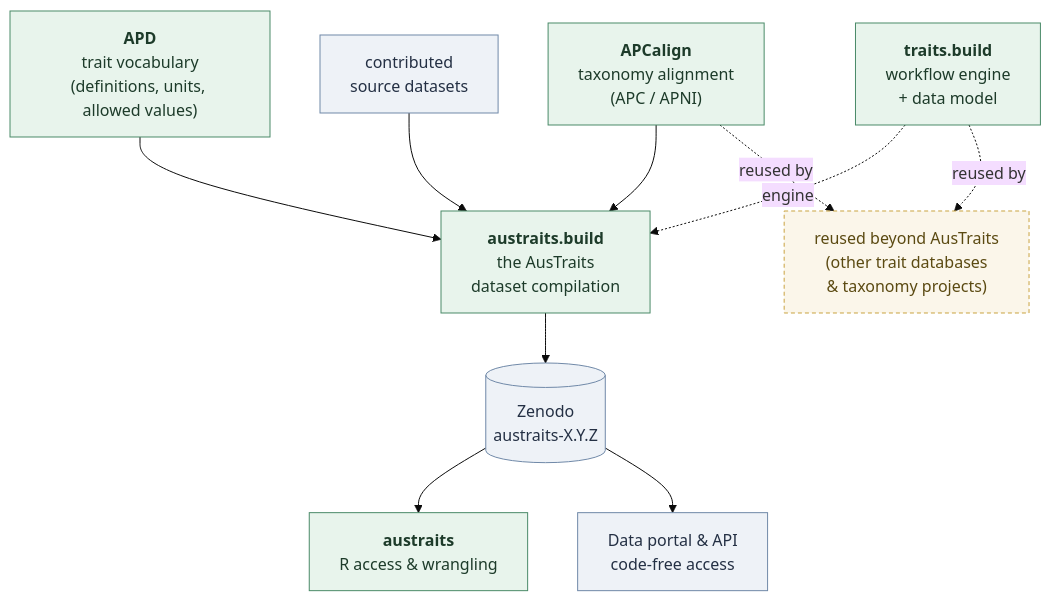
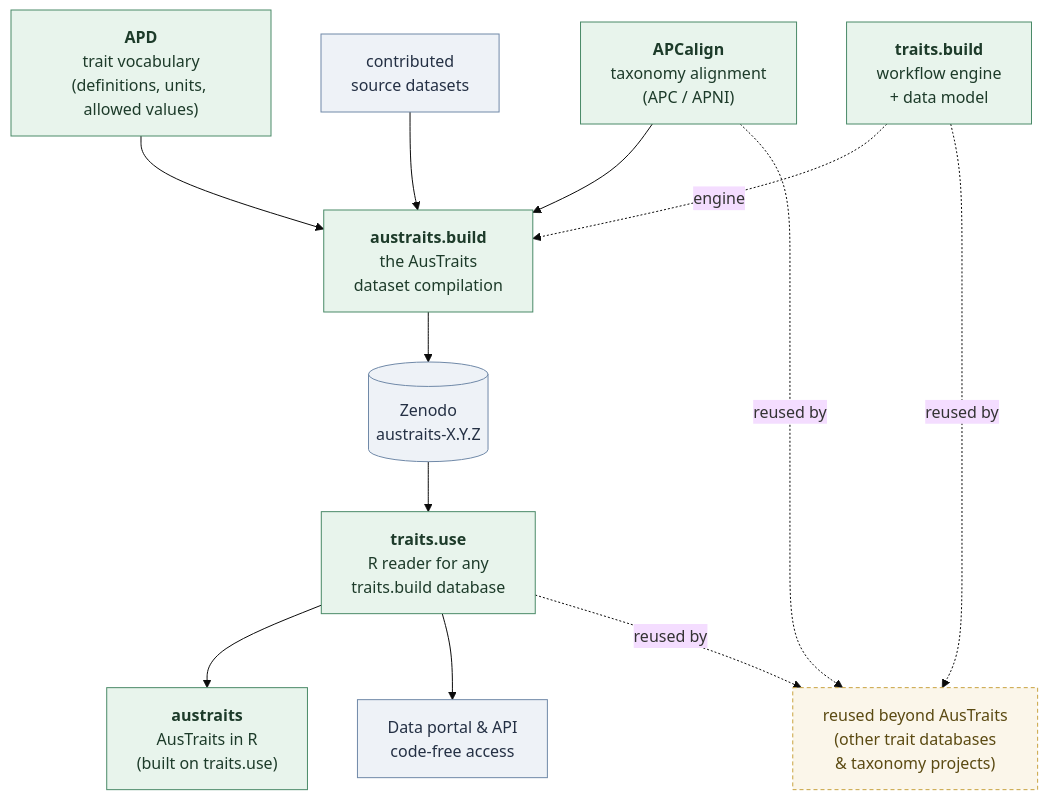
The diagram in family.qmd (traitecoevo/austraits.org), drawn with Mermaid (base theme) before and after one commit. The commit also changed other lines of this file and 1 other file, not shown here.

First line of the commit message:
Add traits.use to the family page (#53)

````diff
--- a/family.qmd
+++ b/family.qmd
@@ -13,29 +13,32 @@
 ```{mermaid}
 flowchart TD
   APD["<b>APD</b><br/>trait vocabulary<br/>(definitions, units, allowed values)"]
   APC["<b>APCalign</b><br/>taxonomy alignment<br/>(APC / APNI)"]
   RAW["contributed<br/>source datasets"]
   TB["<b>traits.build</b><br/>workflow engine<br/>+ data model"]
   BUILD["<b>austraits.build</b><br/>the AusTraits<br/>dataset compilation"]
   ZEN[("Zenodo<br/>austraits-X.Y.Z")]
-  PKG["<b>austraits</b><br/>R access &amp; wrangling"]
+  USE["<b>traits.use</b><br/>R reader for any<br/>traits.build database"]
+  PKG["<b>austraits</b><br/>AusTraits in R<br/>(built on traits.use)"]
   WEB["Data portal &amp; API<br/>code-free access"]
   REUSE["reused beyond AusTraits<br/>(other trait databases<br/>&amp; taxonomy projects)"]
 
   APD --> BUILD
   APC --> BUILD
   RAW --> BUILD
   TB -. engine .-> BUILD
   BUILD --> ZEN
-  ZEN --> PKG
-  ZEN --> WEB
+  ZEN --> USE
+  USE --> PKG
+  USE --> WEB
   APC -. reused by .-> REUSE
   TB -. reused by .-> REUSE
+  USE -. reused by .-> REUSE
 
   classDef core fill:#e8f4ec,stroke:#4a8a68,color:#1d3b2a;
   classDef data fill:#eef2f7,stroke:#7089a8,color:#243044;
   classDef reuse fill:#fbf6ea,stroke:#c9a340,color:#5b4a12,stroke-dasharray:4 3;
-  class APD,APC,TB,BUILD,PKG core;
+  class APD,APC,TB,BUILD,USE,PKG core;
   class RAW,ZEN,WEB data;
   class REUSE reuse;
 ```
````
